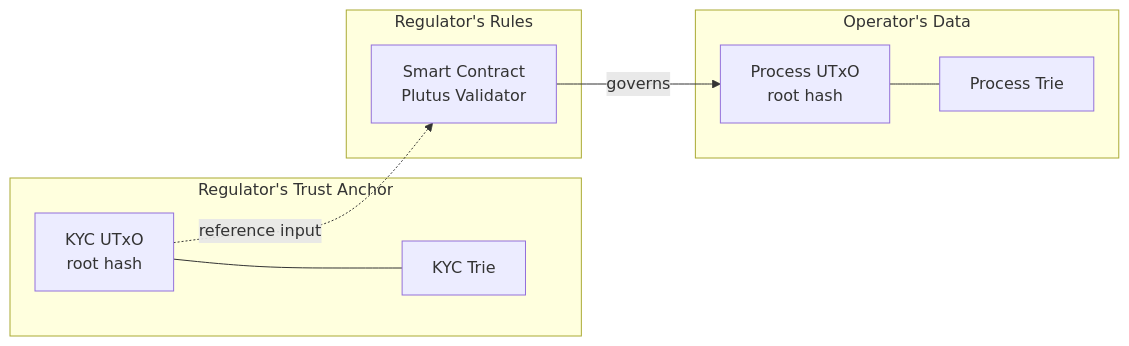
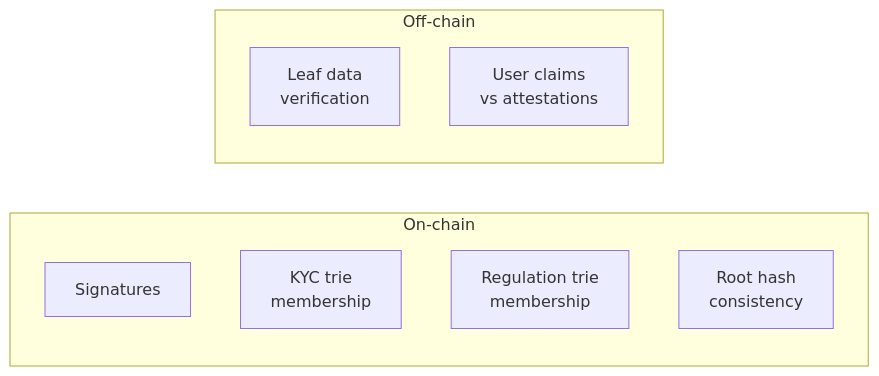
Before and after one commit to lambdasistemi/cardano-for-regulators: the second of 3 diagrams in docs/index.md, drawn with Mermaid. The commit also changed other lines of this file and 1 other file, not shown here.

Commit message:
add regulation trie, on-chain/off-chain verification split, institutional responsibility

````diff
--- a/docs/index.md
+++ b/docs/index.md
@@ -40,21 +41,14 @@
 ```mermaid
 graph LR
-    subgraph Regulator's Trust Anchor
-        KYC_UTxO[KYC UTxO<br/>root hash]
-        KYC_T[KYC Trie]
-        KYC_UTxO --- KYC_T
+    subgraph On-chain
+        SIG[Signatures]
+        KYC_C[KYC trie<br/>membership]
+        REG_C[Regulation trie<br/>membership]
+        HASH[Root hash<br/>consistency]
     end
 
-    subgraph Operator's Data
-        OP_UTxO[Process UTxO<br/>root hash]
-        OP_T[Process Trie]
-        OP_UTxO --- OP_T
+    subgraph Off-chain
+        LEAF[Leaf data<br/>verification]
+        CLAIMS[User claims<br/>vs attestations]
     end
-
-    subgraph Regulator's Rules
-        SC[Smart Contract<br/>Plutus Validator]
-    end
-
-    SC -->|governs| OP_UTxO
-    KYC_UTxO -.->|reference input| SC
 ```
````
